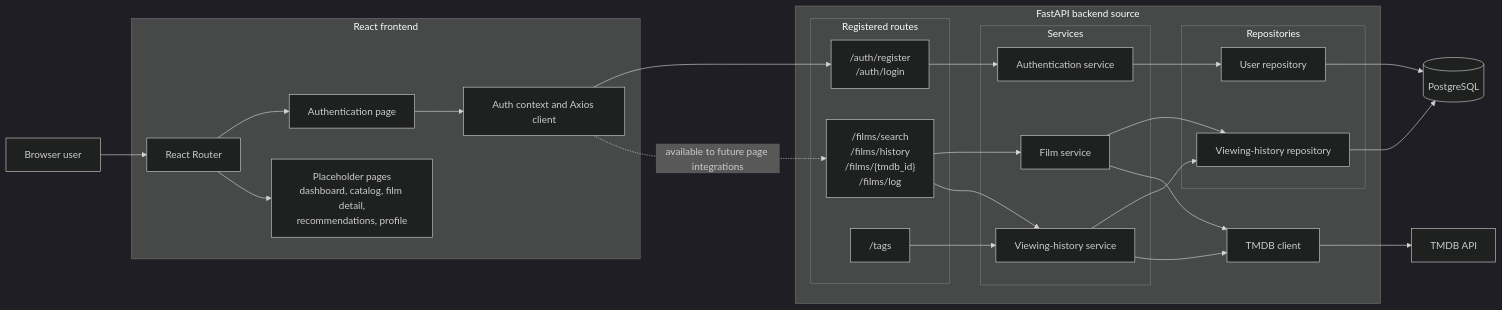
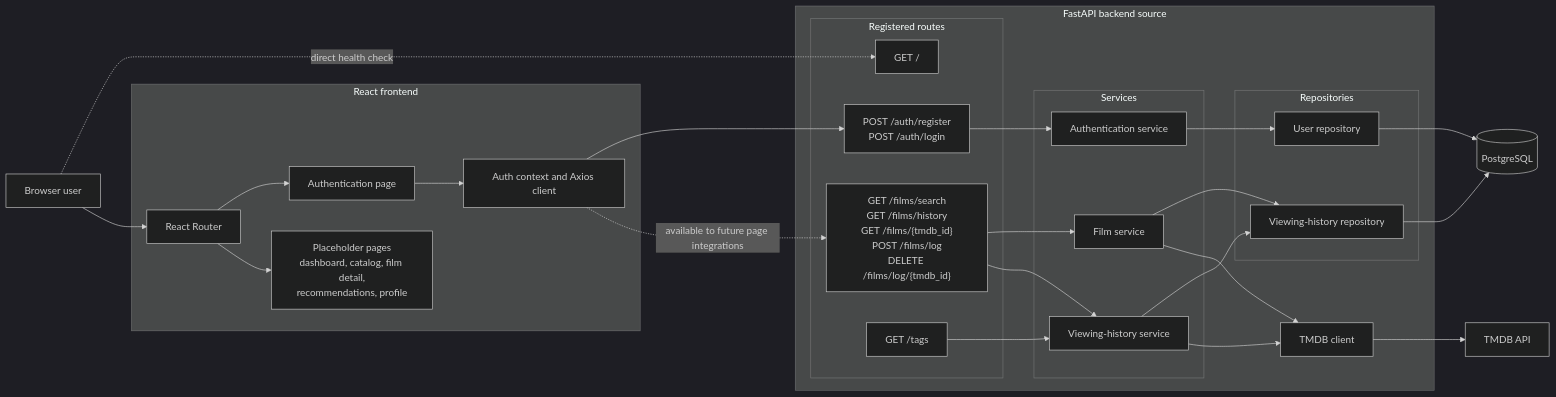
The first of 2 diagrams in docs/diagrams/Architecture.md (zahin-dev/Film-like), drawn with Mermaid (dark theme) before and after one commit. The commit also changed other lines of this file and 3 other files, not shown here.

````diff
--- a/docs/diagrams/Architecture.md
+++ b/docs/diagrams/Architecture.md
@@ -11,54 +11,56 @@
 ```mermaid
 flowchart LR
     User["Browser user"]
 
     subgraph Frontend["React frontend"]
         AuthPage["Authentication page"]
         Router["React Router"]
         Placeholders["Placeholder pages<br/>dashboard, catalog, film detail,<br/>recommendations, profile"]
         AuthContext["Auth context and Axios client"]
     end
 
     subgraph Backend["FastAPI backend source"]
         subgraph Routes["Registered routes"]
-            AuthRoutes["/auth/register<br/>/auth/login"]
-            FilmRoutes["/films/search<br/>/films/history<br/>/films/{tmdb_id}<br/>/films/log"]
-            TagRoutes["/tags"]
+            RootRoute["GET /"]
+            AuthRoutes["POST /auth/register<br/>POST /auth/login"]
+            FilmRoutes["GET /films/search<br/>GET /films/history<br/>GET /films/{tmdb_id}<br/>POST /films/log<br/>DELETE /films/log/{tmdb_id}"]
+            TagRoutes["GET /tags"]
         end
 
         subgraph Services["Services"]
             AuthService["Authentication service"]
             FilmService["Film service"]
             HistoryService["Viewing-history service"]
         end
 
         subgraph Repositories["Repositories"]
             UserRepository["User repository"]
             HistoryRepository["Viewing-history repository"]
         end
 
         TMDBClient["TMDB client"]
     end
 
     PostgreSQL[("PostgreSQL")]
     TMDB["TMDB API"]
 
+    User -. "direct health check" .-> RootRoute
     User --> Router
     Router --> AuthPage
     Router --> Placeholders
     AuthPage --> AuthContext
     AuthContext --> AuthRoutes
     AuthContext -. "available to future page integrations" .-> FilmRoutes
     AuthRoutes --> AuthService
     FilmRoutes --> FilmService
     FilmRoutes --> HistoryService
     TagRoutes --> HistoryService
     AuthService --> UserRepository
     HistoryService --> HistoryRepository
     FilmService --> HistoryRepository
     FilmService --> TMDBClient
     HistoryService --> TMDBClient
     UserRepository --> PostgreSQL
     HistoryRepository --> PostgreSQL
     TMDBClient --> TMDB
 ```
````
